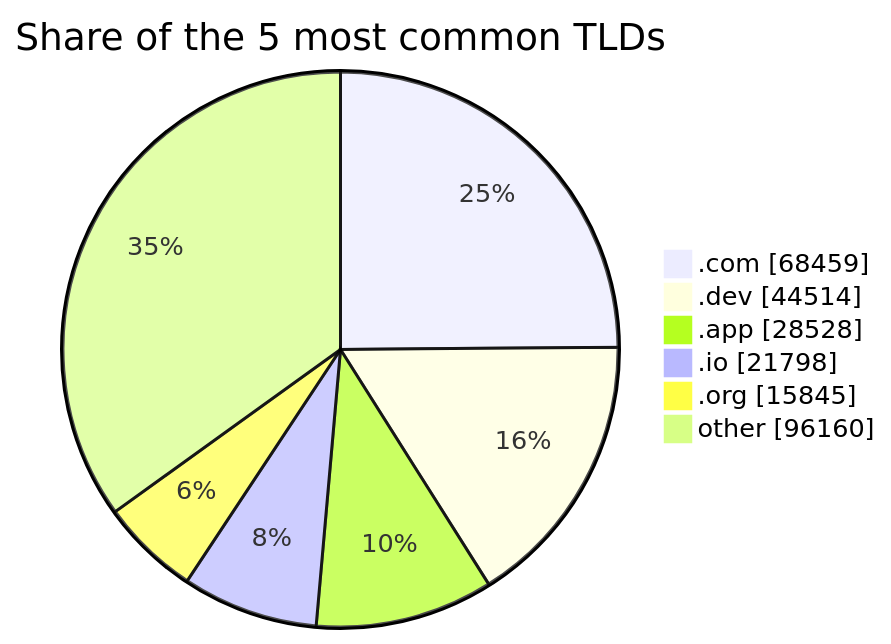
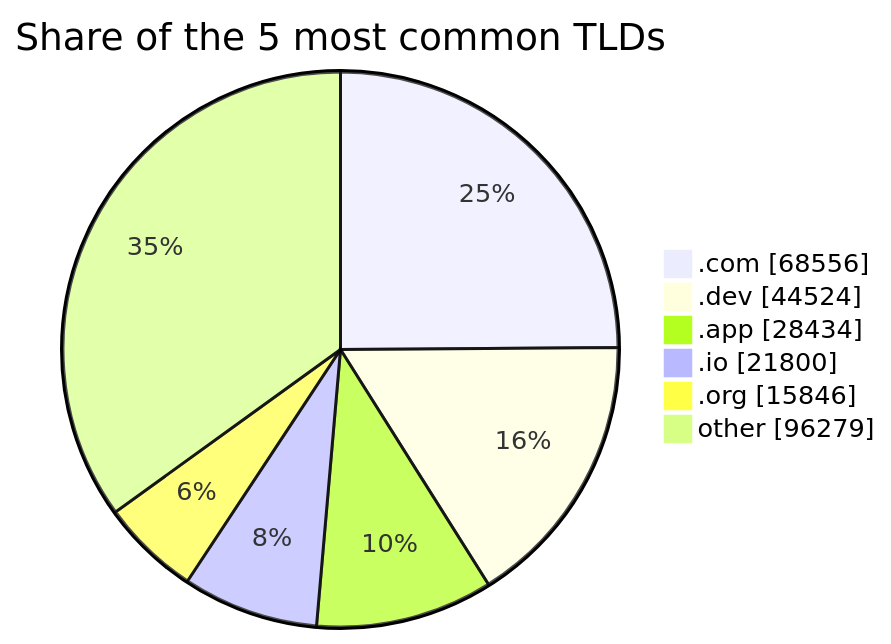
One commit to DNSBunker/CTI changed the third of 3 diagrams in README.md. Above: the diagram before and after it, drawn with Mermaid. The commit also changed other lines of this file and 3 other files, not shown here.

````diff
--- a/README.md
+++ b/README.md
@@ -81,9 +81,9 @@
 ```mermaid
 pie showData title Share of the 5 most common TLDs
-    ".com" : 68459
-    ".dev" : 44514
-    ".app" : 28528
-    ".io" : 21798
-    ".org" : 15845
-    "other" : 96160
+    ".com" : 68556
+    ".dev" : 44524
+    ".app" : 28434
+    ".io" : 21800
+    ".org" : 15846
+    "other" : 96279
 ```
````
